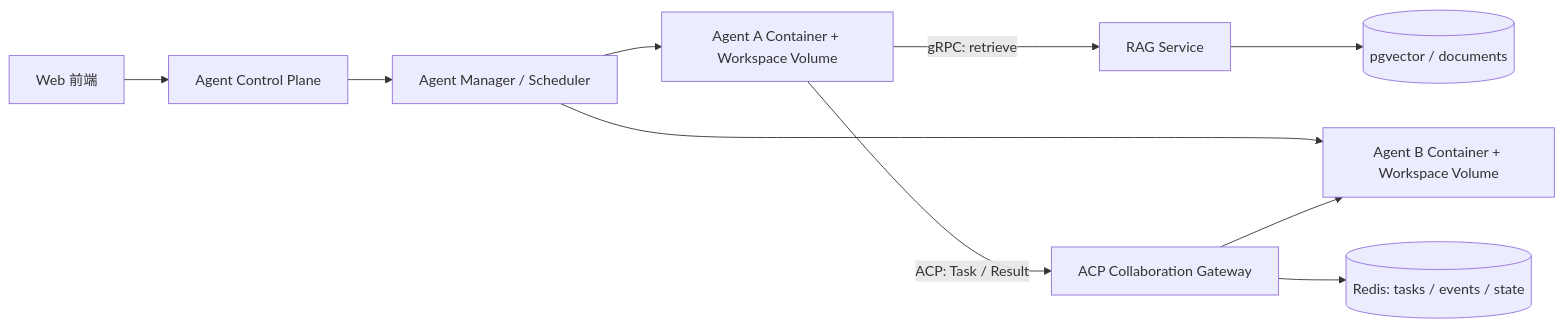
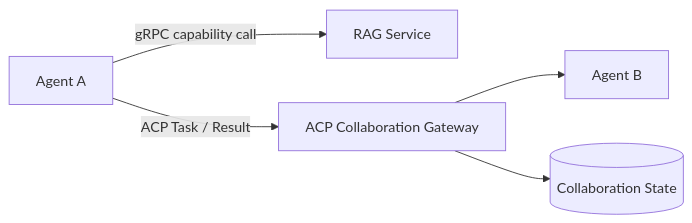
One commit to wzhnbsixsixsix/AI-Agent-Cloud-Runtime changed the sixth of 6 diagrams in docs/ARCHITECTURE.md. Above: the diagram before and after it, drawn with Mermaid. The commit also changed other lines of this file and 12 other files, not shown here.

````diff
--- a/docs/ARCHITECTURE.md
+++ b/docs/ARCHITECTURE.md
@@ -117,14 +165,7 @@
 ```mermaid
 flowchart LR
-  UI[Web 前端] --> CP[Agent Control Plane]
-  CP --> AM[Agent Manager / Scheduler]
-  AM --> A[Agent A Container + Workspace Volume]
-  AM --> B[Agent B Container + Workspace Volume]
-
-  A -->|gRPC: retrieve| RAG[RAG Service]
-  A -->|ACP: Task / Result| ACP[ACP Collaboration Gateway]
-  ACP --> B
-
-  RAG --> DB[(pgvector / documents)]
-  ACP --> RS[(Redis: tasks / events / state)]
+  A["Agent A"] -->|"gRPC capability call"| RAG["RAG Service"]
+  A -->|"ACP Task / Result"| CG["ACP Collaboration Gateway"]
+  CG --> B["Agent B"]
+  CG --> Redis[("Collaboration State")]
 ```
````
